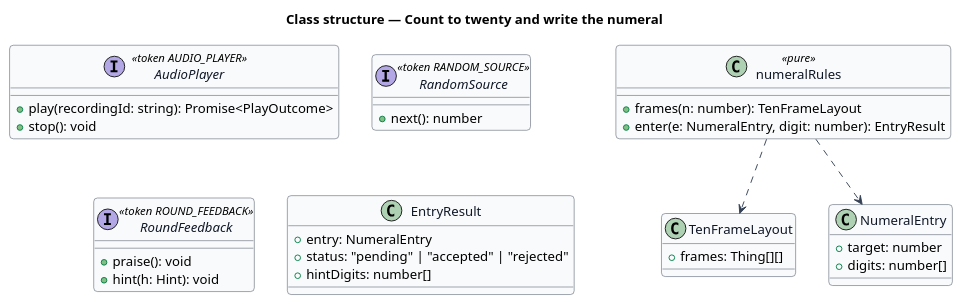
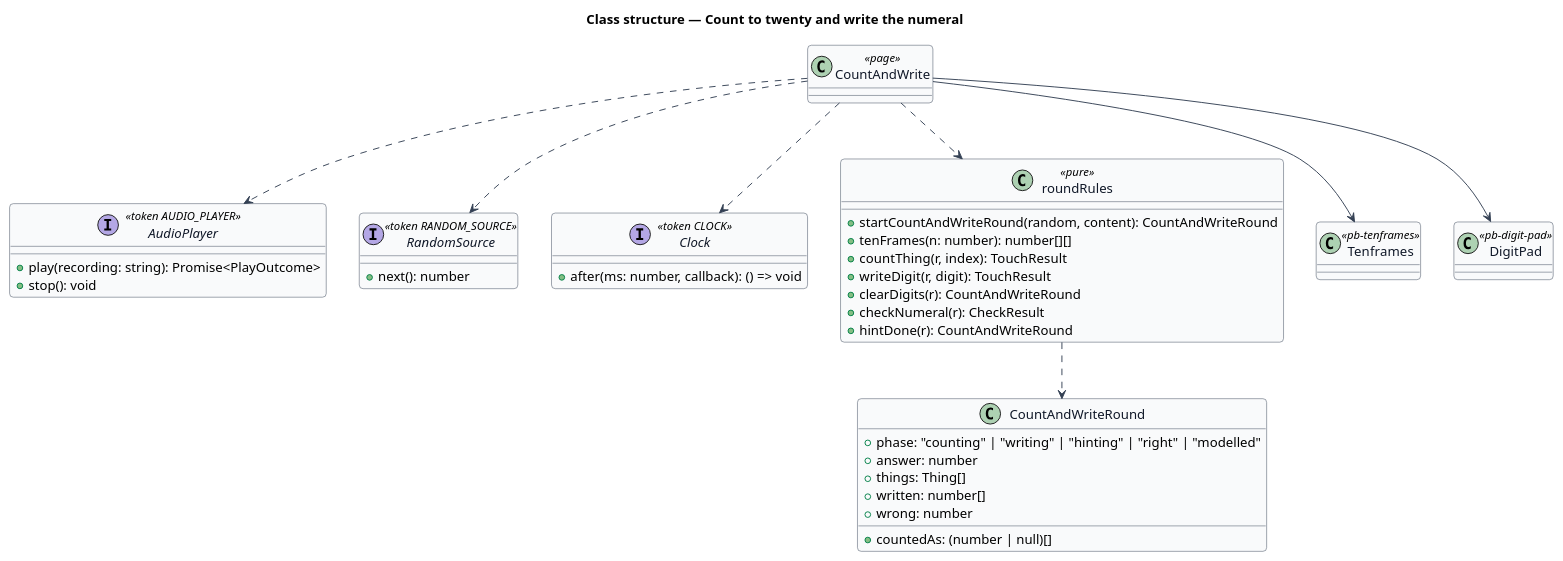
Before and after one commit to QuinntyneBrown/pibbo: the diagram in docs/detailed-designs/count/count-to-twenty/diagrams/class.puml, drawn with PlantUML. The commit also changed 17 other files, not shown here.

First line of the commit message:
Reconcile the Count and write mocks with L2-003, L2-004 and AGENTS.md

```diff
--- a/docs/detailed-designs/count/count-to-twenty/diagrams/class.puml
+++ b/docs/detailed-designs/count/count-to-twenty/diagrams/class.puml
@@ -1,44 +1,52 @@
 @startuml
 skinparam backgroundColor #FFFFFF
 skinparam shadowing false
 skinparam roundcorner 8
 skinparam defaultFontName Arial
 skinparam ArrowColor #344054
 skinparam class {
   BorderColor #344054
   FontColor #101828
   BackgroundColor #F9FAFB
 }
 title Class structure — Count to twenty and write the numeral
 
 interface AudioPlayer <<token AUDIO_PLAYER>> {
-  +play(recordingId: string): Promise<PlayOutcome>
+  +play(recording: string): Promise<PlayOutcome>
   +stop(): void
 }
 interface RandomSource <<token RANDOM_SOURCE>> {
   +next(): number
 }
-interface RoundFeedback <<token ROUND_FEEDBACK>> {
-  +praise(): void
-  +hint(h: Hint): void
+interface Clock <<token CLOCK>> {
+  +after(ms: number, callback): () => void
 }
 
-class TenFrameLayout {
-  +frames: Thing[][]
+class CountAndWriteRound {
+  +phase: "counting" | "writing" | "hinting" | "right" | "modelled"
+  +answer: number
+  +things: Thing[]
+  +countedAs: (number | null)[]
+  +written: number[]
+  +wrong: number
 }
-class NumeralEntry {
-  +target: number
-  +digits: number[]
+class roundRules <<pure>> {
+  +startCountAndWriteRound(random, content): CountAndWriteRound
+  +tenFrames(n: number): number[][]
+  +countThing(r, index): TouchResult
+  +writeDigit(r, digit): TouchResult
+  +clearDigits(r): CountAndWriteRound
+  +checkNumeral(r): CheckResult
+  +hintDone(r): CountAndWriteRound
 }
-class numeralRules <<pure>> {
-  +frames(n: number): TenFrameLayout
-  +enter(e: NumeralEntry, digit: number): EntryResult
-}
-class EntryResult {
-  +entry: NumeralEntry
-  +status: "pending" | "accepted" | "rejected"
-  +hintDigits: number[]
-}
-numeralRules ..> NumeralEntry
-numeralRules ..> TenFrameLayout
+class CountAndWrite <<page>>
+class Tenframes <<pb-tenframes>>
+class DigitPad <<pb-digit-pad>>
+roundRules ..> CountAndWriteRound
+CountAndWrite ..> roundRules
+CountAndWrite ..> AudioPlayer
+CountAndWrite ..> RandomSource
+CountAndWrite ..> Clock
+CountAndWrite --> Tenframes
+CountAndWrite --> DigitPad
 @enduml
```
